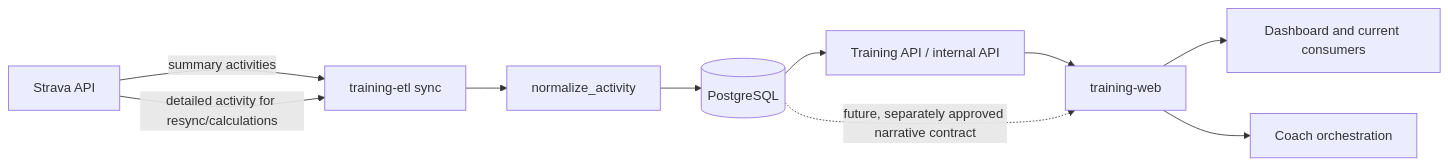
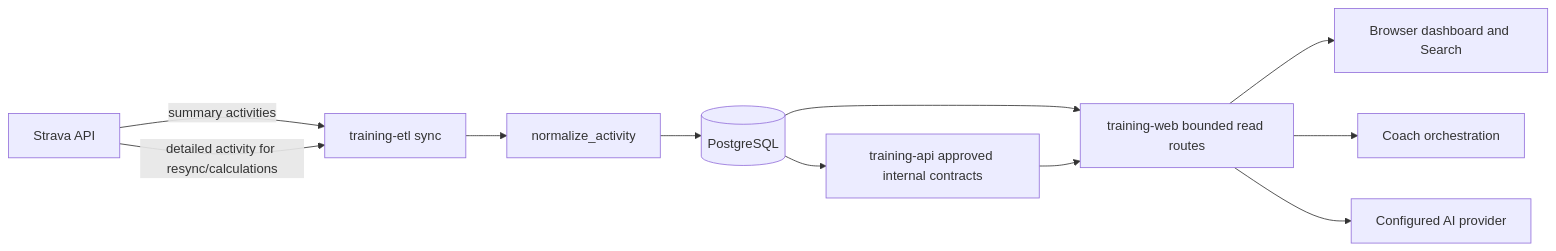
The diagram in docs/STRAVA_ARCHITECTURE.md (harrisma509/training-etl), drawn with Mermaid before and after one commit. The commit also changed other lines of this file and 5 other files, not shown here.

````diff
--- a/docs/STRAVA_ARCHITECTURE.md
+++ b/docs/STRAVA_ARCHITECTURE.md
@@ -77,12 +77,13 @@
 ```mermaid
 flowchart LR
     S[Strava API] -->|summary activities| E[training-etl sync]
     S -->|detailed activity for resync/calculations| E
     E --> N[normalize_activity]
     N --> P[(PostgreSQL)]
-    P --> A[Training API / internal API]
-    A --> W[training-web]
-    W --> C[Dashboard and current consumers]
+    P --> W[training-web bounded read routes]
+    P --> A[training-api approved internal contracts]
+    A --> W
+    W --> C[Browser dashboard and Search]
     W --> O[Coach orchestration]
-    P -.->|future, separately approved narrative contract| W
+    W --> I[Configured AI provider]
 ```
````
